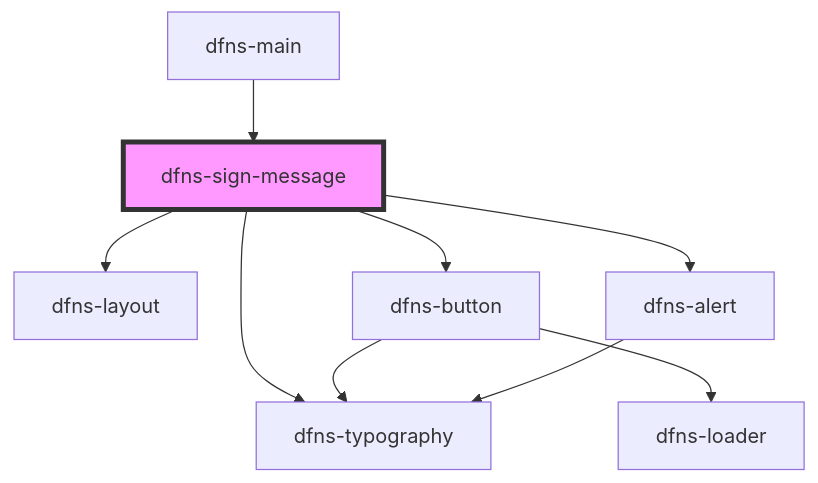
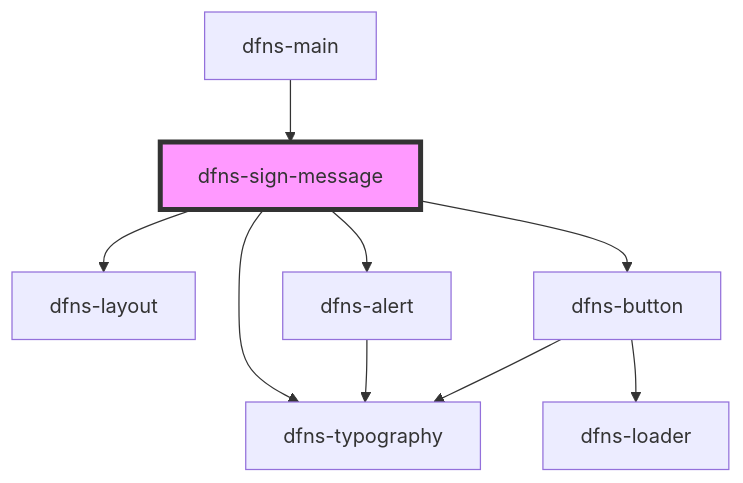
Before and after one commit to dfnsext/web-ui: the diagram in src/components/Pages/dfns-sign-message/readme.md, drawn with Mermaid. The commit also changed other lines of this file and 7 other files, not shown here.

````diff
--- a/src/components/Pages/dfns-sign-message/readme.md
+++ b/src/components/Pages/dfns-sign-message/readme.md
@@ -36,12 +36,12 @@
 ```mermaid
 graph TD;
   dfns-sign-message --> dfns-layout
   dfns-sign-message --> dfns-typography
+  dfns-sign-message --> dfns-alert
   dfns-sign-message --> dfns-button
-  dfns-sign-message --> dfns-alert
+  dfns-alert --> dfns-typography
   dfns-button --> dfns-typography
   dfns-button --> dfns-loader
-  dfns-alert --> dfns-typography
   dfns-main --> dfns-sign-message
   style dfns-sign-message fill:#f9f,stroke:#333,stroke-width:4px
 ```
````
